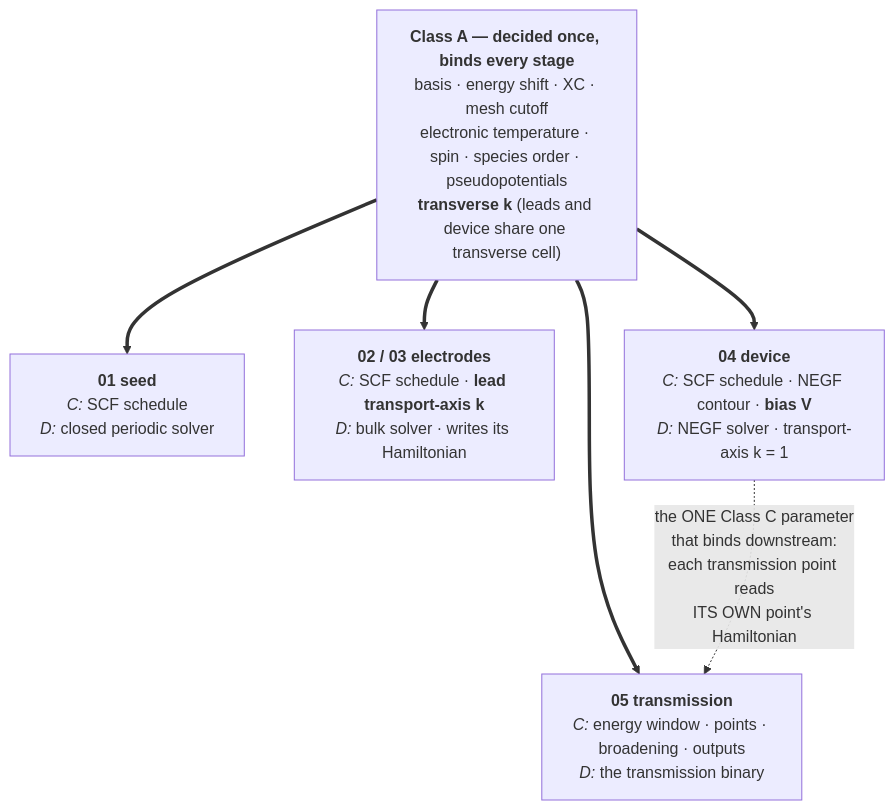
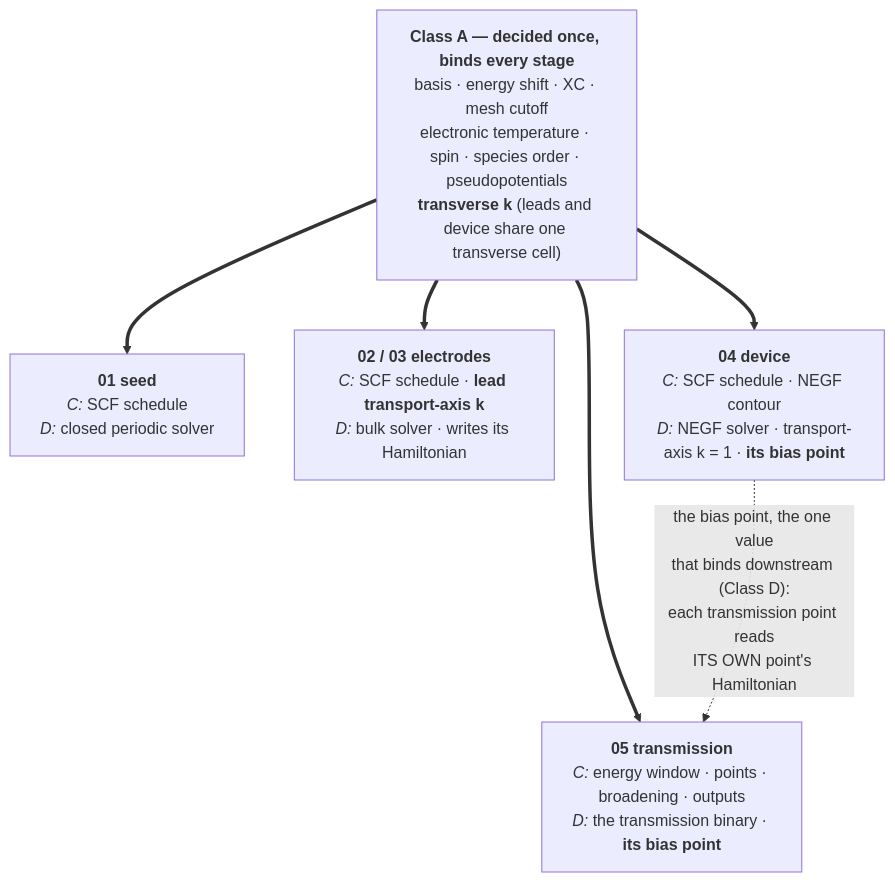
Before and after one commit to Qing-LAB/molbuilder: the eighth of 12 diagrams in docs/engines/transport.md, drawn with Mermaid. The commit also changed other lines of this file and 54 other files, not shown here.

````diff
--- a/docs/engines/transport.md
+++ b/docs/engines/transport.md
@@ -1118,16 +1119,16 @@
 ```mermaid
 flowchart TB
     A["<b>Class A — decided once, binds every stage</b><br/>basis · energy shift · XC · mesh cutoff<br/>electronic temperature · spin · species order · pseudopotentials<br/><b>transverse k</b> (leads and device share one transverse cell)"]
 
     A ==> SEED
     A ==> EL
     A ==> DEV
     A ==> TBT
 
     SEED["<b>01 seed</b><br/><i>C:</i> SCF schedule<br/><i>D:</i> closed periodic solver"]
     EL["<b>02 / 03 electrodes</b><br/><i>C:</i> SCF schedule · <b>lead transport-axis k</b><br/><i>D:</i> bulk solver · writes its Hamiltonian"]
-    DEV["<b>04 device</b><br/><i>C:</i> SCF schedule · NEGF contour · <b>bias V</b><br/><i>D:</i> NEGF solver · transport-axis k = 1"]
-    TBT["<b>05 transmission</b><br/><i>C:</i> energy window · points · broadening · outputs<br/><i>D:</i> the transmission binary"]
+    DEV["<b>04 device</b><br/><i>C:</i> SCF schedule · NEGF contour<br/><i>D:</i> NEGF solver · transport-axis k = 1 · <b>its bias point</b>"]
+    TBT["<b>05 transmission</b><br/><i>C:</i> energy window · points · broadening · outputs<br/><i>D:</i> the transmission binary · <b>its bias point</b>"]
 
-    DEV -.->|"the ONE Class C parameter<br/>that binds downstream:<br/>each transmission point reads<br/>ITS OWN point's Hamiltonian"| TBT
+    DEV -.->|"the bias point, the one value<br/>that binds downstream (Class D):<br/>each transmission point reads<br/>ITS OWN point's Hamiltonian"| TBT
 ```
````
